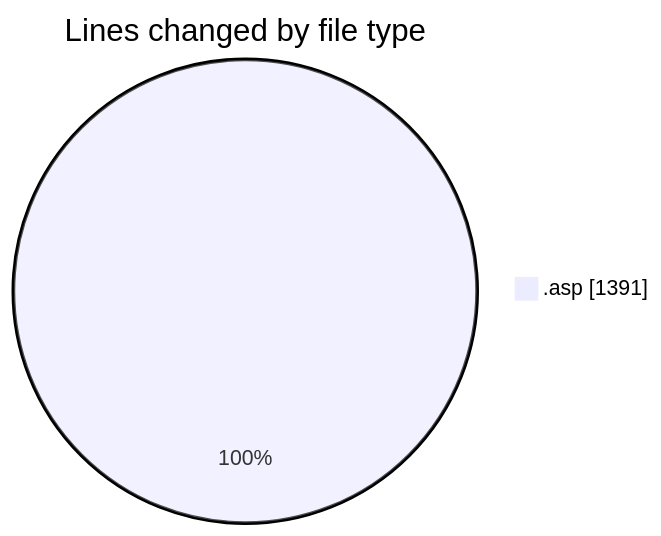
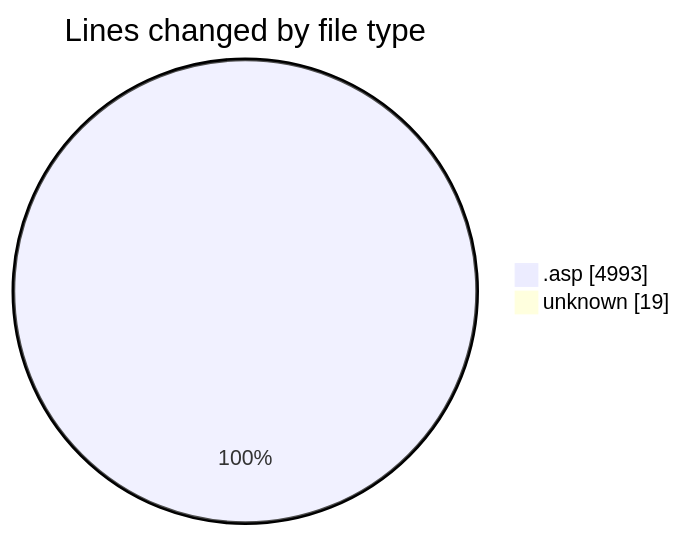
Before and after one commit to julien-gomy/code-tracking: the first of 2 diagrams in 2025-10-27/cdp_aleoudev_fr__workspace_/README.md, drawn with Mermaid. The commit also changed other lines of this file and 1 other file, not shown here.

````diff
--- a/2025-10-27/cdp_aleoudev_fr__workspace_/README.md
+++ b/2025-10-27/cdp_aleoudev_fr__workspace_/README.md
@@ -21,5 +25,6 @@
 ```mermaid
 pie showData
 title Lines changed by file type
-".asp" : 1391
+".asp" : 4993
+"unknown" : 19
 ```
````
